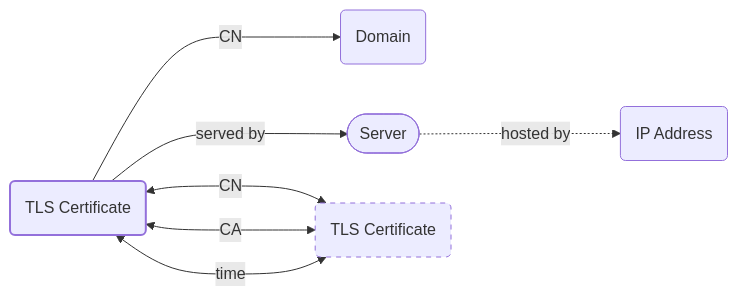
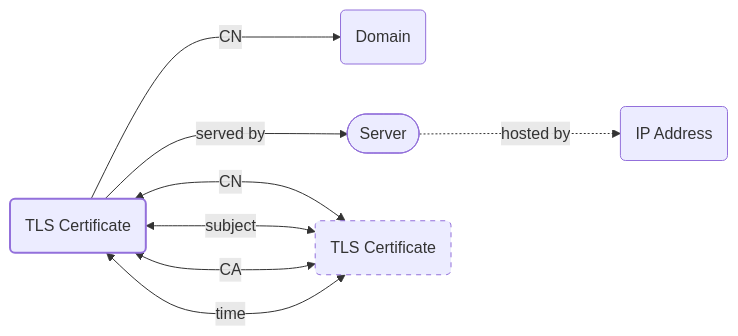
One commit to korniko98/pivot-atlas changed the diagram in docs/artifacts/tls-certificate.md. Above: the diagram before and after it, drawn with Mermaid. The commit also changed other lines of this file and 2 other files, not shown here.

````diff
--- a/docs/artifacts/tls-certificate.md
+++ b/docs/artifacts/tls-certificate.md
@@ -56,25 +54,26 @@
 	```mermaid
 	flowchart LR
 		classDef primary stroke-width: 2px
 		classDef secondary stroke-dasharray: 5 5
 		
 		%% define nodes
 		DOMAIN(Domain)
 		SERVER([Server])
 		IP_ADDRESS(IP Address)
 		TLS_CERT(TLS Certificate):::primary
 		TLS_CERT_(TLS Certificate):::secondary
 		
 		%% define edges
 		TLS_CERT -- served by ---> SERVER
 		SERVER -. hosted by ..-> IP_ADDRESS
 		TLS_CERT -- CN ---> DOMAIN
 		TLS_CERT <-- CN ---> TLS_CERT_
+		TLS_CERT <-- subject ---> TLS_CERT_
 		TLS_CERT <-- CA ---> TLS_CERT_
 		TLS_CERT <-- time --> TLS_CERT_
 		
 		%% define links
 		click DOMAIN "#domains"
 		click SERVER "#servers"
 		click TLS_CERT_ "#tls-certificates"
 	```
````
